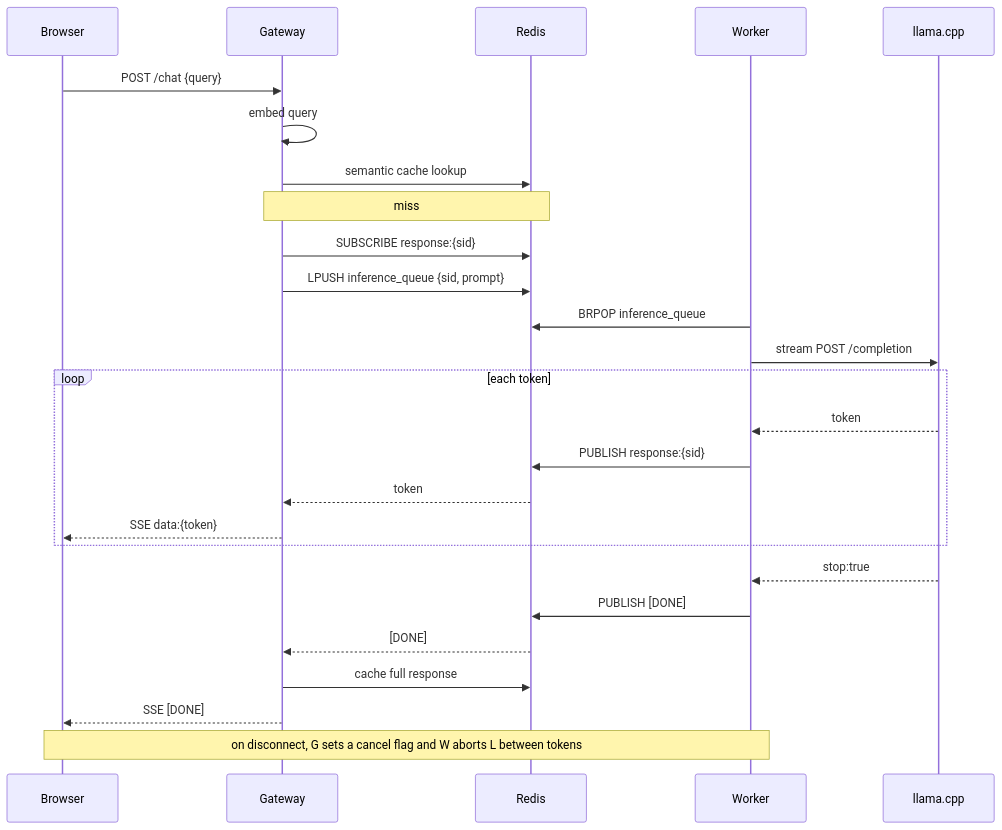
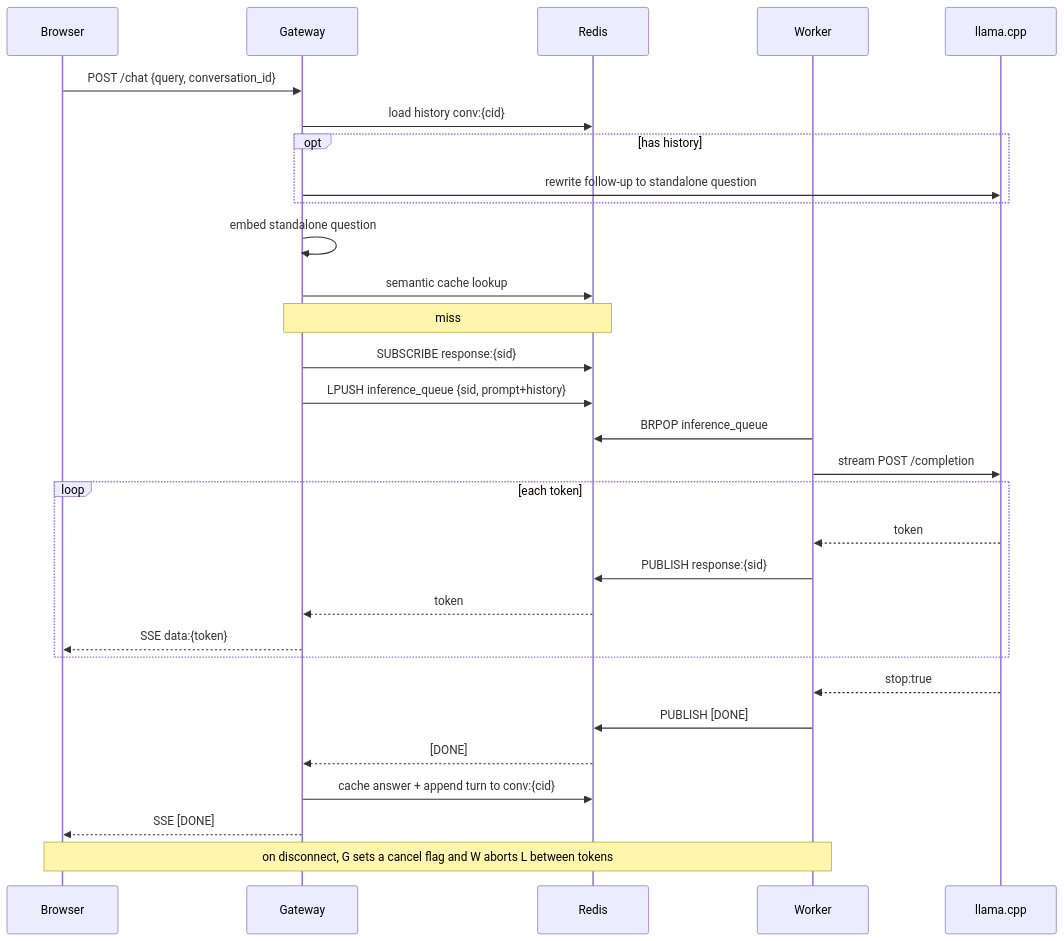
The second of 2 diagrams in README.md (himanishpuri/helix_chatbot), drawn with Mermaid before and after one commit. The commit also changed other lines of this file and 5 other files, not shown here.

````diff
--- a/README.md
+++ b/README.md
@@ -39,29 +40,33 @@
 ```mermaid
 sequenceDiagram
     participant B as Browser
     participant G as Gateway
     participant R as Redis
     participant W as Worker
     participant L as llama.cpp
 
-    B->>G: POST /chat {query}
-    G->>G: embed query
+    B->>G: POST /chat {query, conversation_id}
+    G->>R: load history conv:{cid}
+    opt has history
+        G->>L: rewrite follow-up to standalone question
+    end
+    G->>G: embed standalone question
     G->>R: semantic cache lookup
     Note over G,R: miss
     G->>R: SUBSCRIBE response:{sid}
-    G->>R: LPUSH inference_queue {sid, prompt}
+    G->>R: LPUSH inference_queue {sid, prompt+history}
     W->>R: BRPOP inference_queue
     W->>L: stream POST /completion
     loop each token
         L-->>W: token
         W->>R: PUBLISH response:{sid}
         R-->>G: token
         G-->>B: SSE data:{token}
     end
     L-->>W: stop:true
     W->>R: PUBLISH [DONE]
     R-->>G: [DONE]
-    G->>R: cache full response
+    G->>R: cache answer + append turn to conv:{cid}
     G-->>B: SSE [DONE]
     Note over B,W: on disconnect, G sets a cancel flag and W aborts L between tokens
 ```
````
